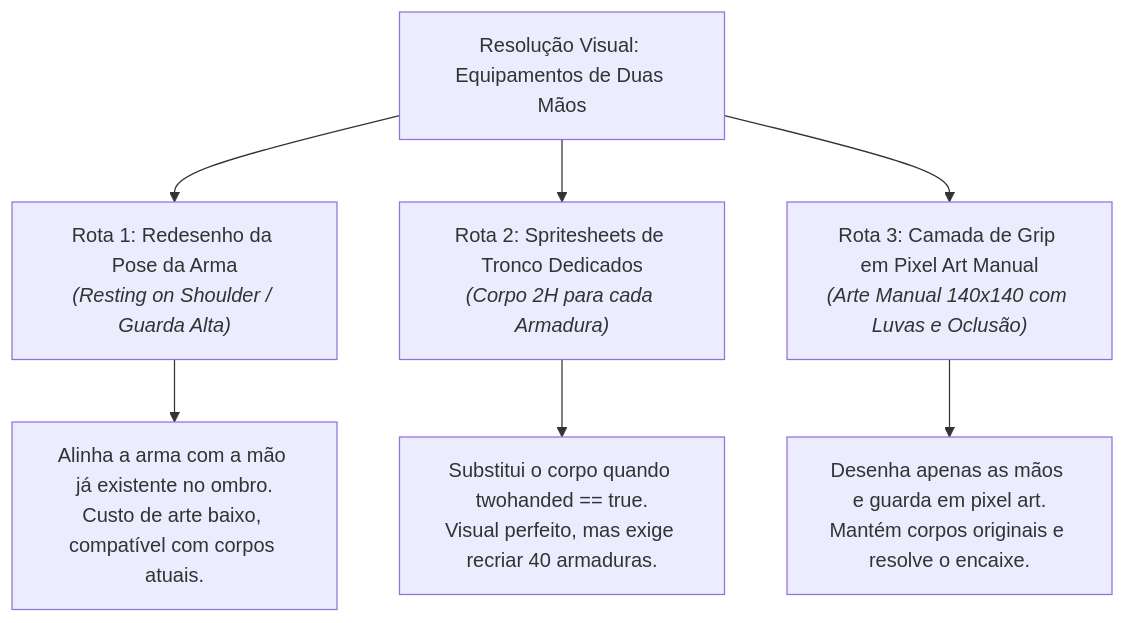
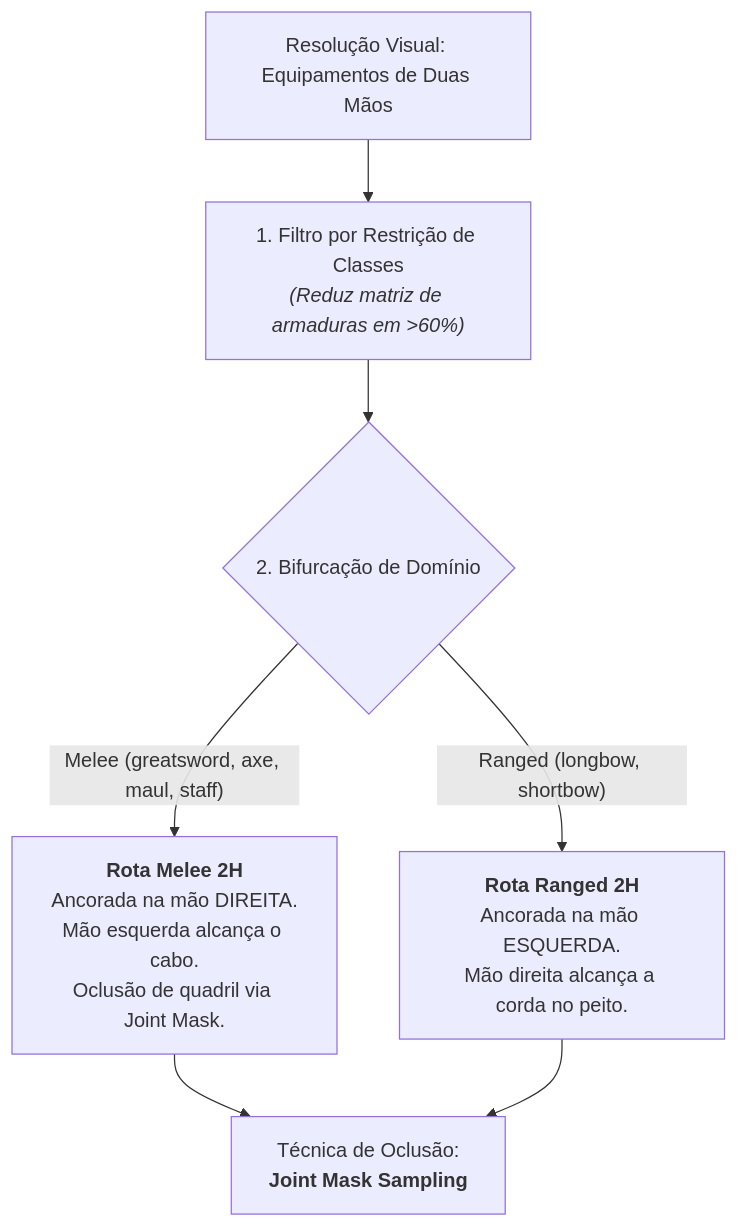
Before and after one commit to yohanhajy/exiled-kingdoms-overhaul: the second of 2 diagrams in docs/ANALISE_FORENSE_EQUIPAMENTOS_DUAS_MAOS.md, drawn with Mermaid. The commit also changed other lines of this file, not shown here.

Commit message:
docs: atualizar analise forense de armas 2H com laudo critico do guardiao de bugs

````diff
--- a/docs/ANALISE_FORENSE_EQUIPAMENTOS_DUAS_MAOS.md
+++ b/docs/ANALISE_FORENSE_EQUIPAMENTOS_DUAS_MAOS.md
@@ -96,10 +103,11 @@
 ```mermaid
 flowchart TD
-    Root["Resolução Visual: Equipamentos de Duas Mãos"] --> R1["Rota 1: Redesenho da Pose da Arma<br/><i>(Resting on Shoulder / Guarda Alta)</i>"]
-    Root --> R2["Rota 2: Spritesheets de Tronco Dedicados<br/><i>(Corpo 2H para cada Armadura)</i>"]
-    Root --> R3["Rota 3: Camada de Grip em Pixel Art Manual<br/><i>(Arte Manual 140x140 com Luvas e Oclusão)</i>"]
+    Root["Resolução Visual: Equipamentos de Duas Mãos"] --> ClassMatrix["1. Filtro por Restrição de Classes<br/><i>(Reduz matriz de armaduras em >60%)</i>"]
+    ClassMatrix --> Fork{"2. Bifurcação de Domínio"}
+    
+    Fork -- "Melee (greatsword, axe, maul, staff)" --> MeleePath["<b>Rota Melee 2H</b><br/>Ancorada na mão DIREITA.<br/>Mão esquerda alcança o cabo.<br/>Oclusão de quadril via Joint Mask."]
+    Fork -- "Ranged (longbow, shortbow)" --> BowPath["<b>Rota Ranged 2H</b><br/>Ancorada na mão ESQUERDA.<br/>Mão direita alcança a corda no peito."]
 
-    R1 --> V1["Alinha a arma com a mão já existente no ombro.<br/>Custo de arte baixo, compatível com corpos atuais."]
-    R2 --> V2["Substitui o corpo quando twohanded == true.<br/>Visual perfeito, mas exige recriar 40 armaduras."]
-    R3 --> V3["Desenha apenas as mãos e guarda em pixel art.<br/>Mantém corpos originais e resolve o encaixe."]
+    MeleePath --> Tech["Técnica de Oclusão:<br/><b>Joint Mask Sampling</b>"]
+    BowPath --> Tech
 ```
````
